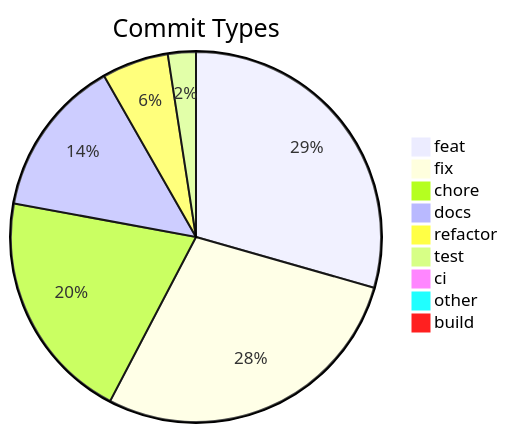
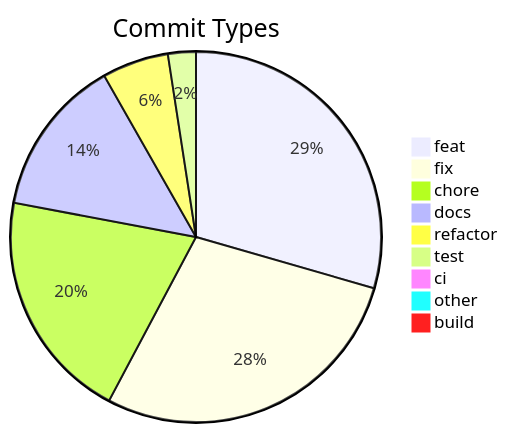
The diagram in .shipwright/compliance/change-history.md (svenroth-ai/shipwright), drawn with Mermaid before and after one commit. The commit also changed other lines of this file and 16 other files, not shown here.

````diff
--- a/.shipwright/compliance/change-history.md
+++ b/.shipwright/compliance/change-history.md
@@ -8,12 +8,12 @@
 ```mermaid
 pie title Commit Types
-    "feat" : 253
-    "fix" : 243
+    "feat" : 254
+    "fix" : 244
     "chore" : 174
     "docs" : 119
     "refactor" : 50
     "test" : 21
     "ci" : 7
     "other" : 7
     "build" : 1
 ```
````
